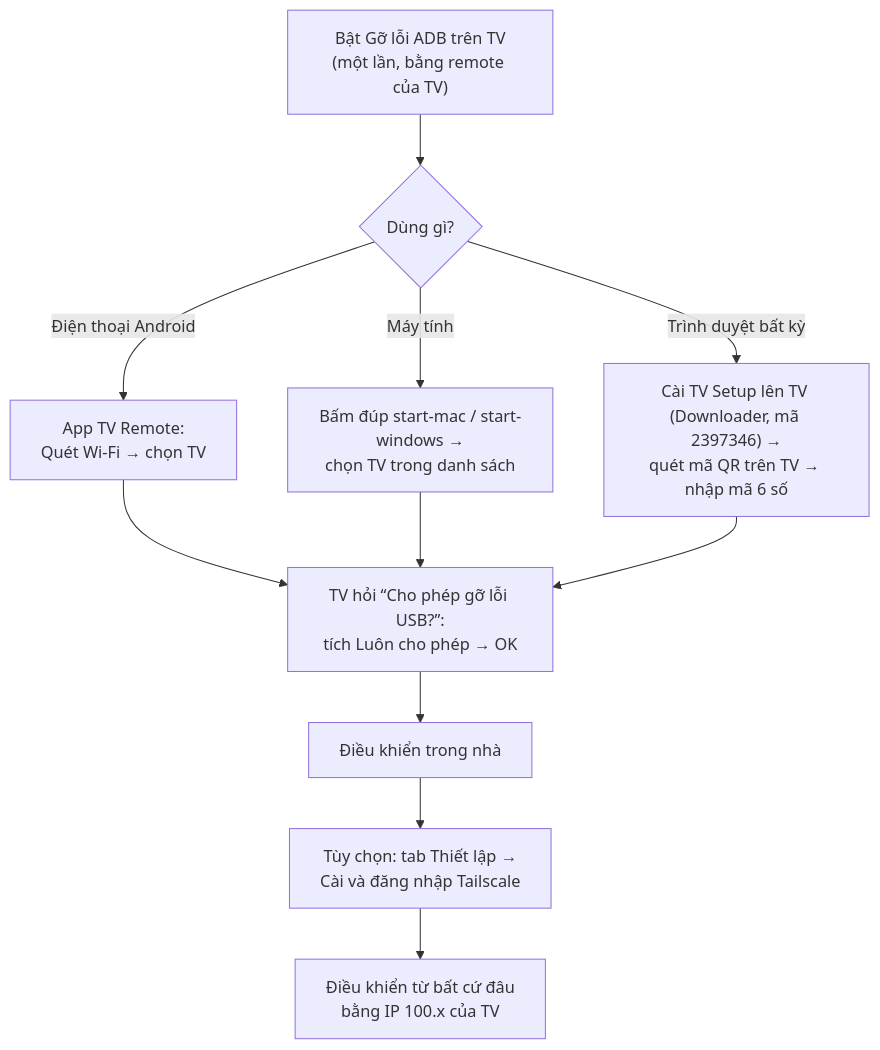
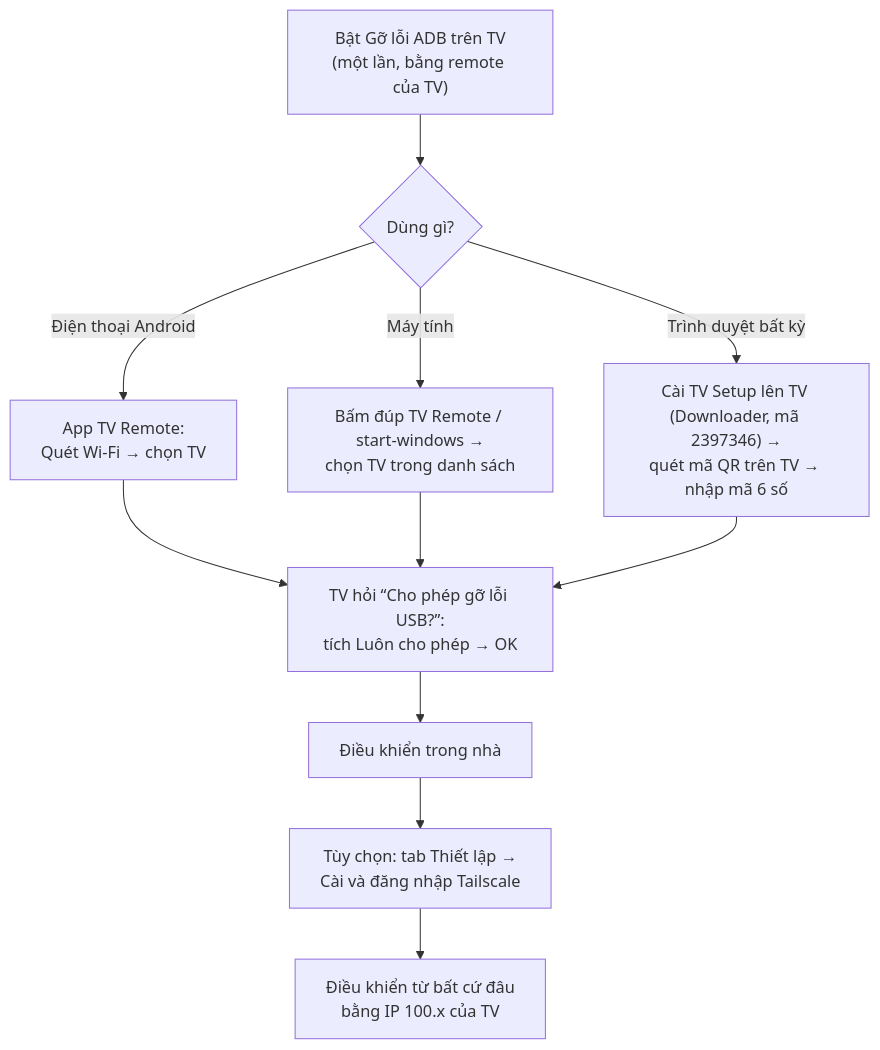
The first of 2 diagrams in README.md (9000000/tv-remote), drawn with Mermaid before and after one commit. The commit also changed other lines of this file and 60 other files, not shown here.

````diff
--- a/README.md
+++ b/README.md
@@ -29,13 +29,13 @@
 ```mermaid
 flowchart TD
     A["Bật Gỡ lỗi ADB trên TV<br/>(một lần, bằng remote của TV)"] --> B{"Dùng gì?"}
     B -- "Điện thoại Android" --> P["App TV Remote:<br/>Quét Wi-Fi → chọn TV"]
     B -- "Trình duyệt bất kỳ" --> T["Cài TV Setup lên TV (Downloader, mã 2397346) →<br/>quét mã QR trên TV → nhập mã 6 số"]
-    B -- "Máy tính" --> W["Bấm đúp start-mac / start-windows →<br/>chọn TV trong danh sách"]
+    B -- "Máy tính" --> W["Bấm đúp TV Remote / start-windows →<br/>chọn TV trong danh sách"]
     P --> Q["TV hỏi “Cho phép gỡ lỗi USB?”:<br/>tích Luôn cho phép → OK"]
     W --> Q
     T --> Q
     Q --> R["Điều khiển trong nhà"]
     R --> S["Tùy chọn: tab Thiết lập →<br/>Cài và đăng nhập Tailscale"]
     S --> X["Điều khiển từ bất cứ đâu<br/>bằng IP 100.x của TV"]
 ```
````
